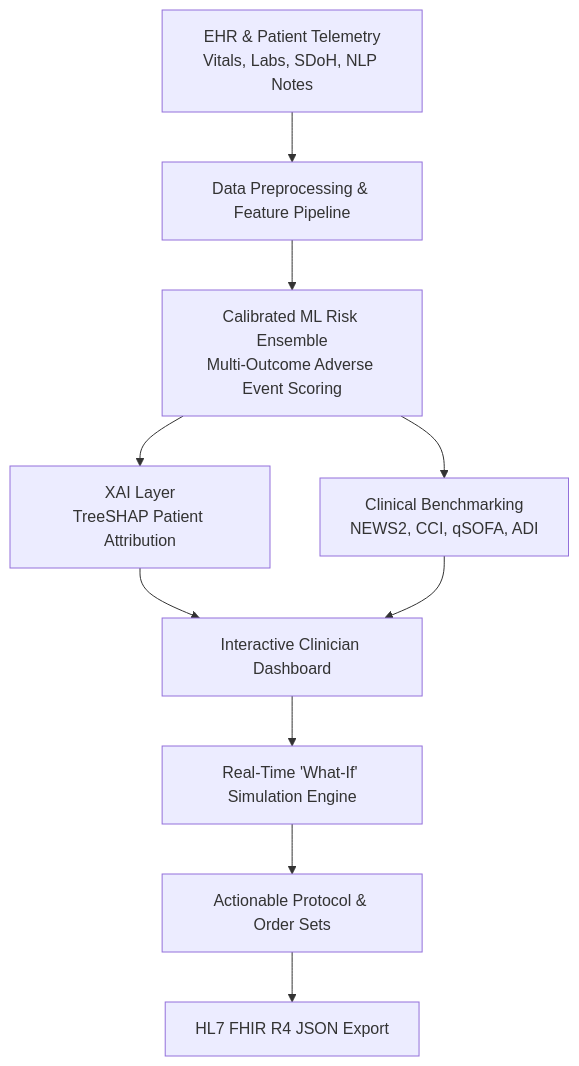
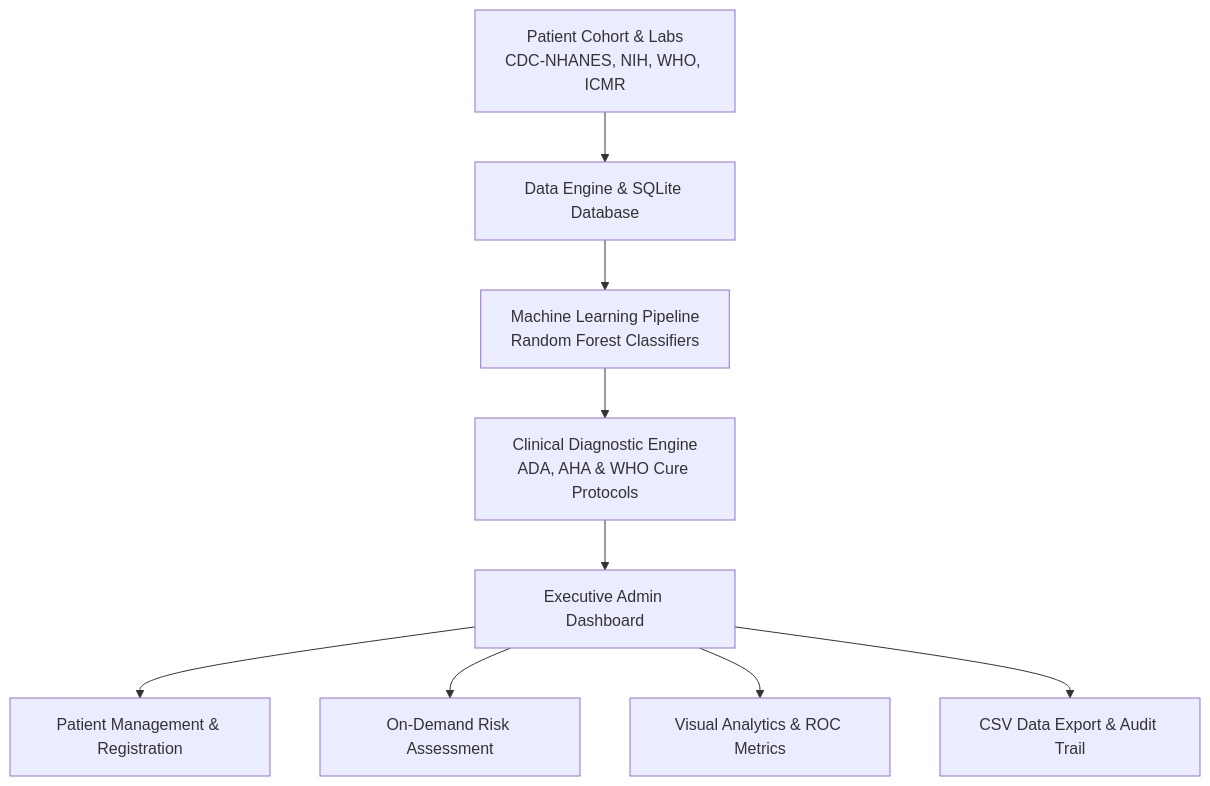
The diagram in README.md (sat9219/smart-healthcare-risk-prediction-system), drawn with Mermaid before and after one commit. The commit also changed other lines of this file and 30 other files, not shown here.

Commit message:
feat: deploy Smart Health Executive Admin Dashboard to live GitHub Pages and sync complete project codebase

````diff
--- a/README.md
+++ b/README.md
@@ -29,11 +44,11 @@
 ```mermaid
 flowchart TD
-    A[EHR & Patient Telemetry\nVitals, Labs, SDoH, NLP Notes] --> B[Data Preprocessing & Feature Pipeline]
-    B --> C[Calibrated ML Risk Ensemble\nMulti-Outcome Adverse Event Scoring]
-    C --> D[XAI Layer\nTreeSHAP Patient Attribution]
-    C --> E[Clinical Benchmarking\nNEWS2, CCI, qSOFA, ADI]
-    D & E --> F[Interactive Clinician Dashboard]
-    F --> G[Real-Time 'What-If' Simulation Engine]
-    G --> H[Actionable Protocol & Order Sets]
-    H --> I[HL7 FHIR R4 JSON Export]
+    A[Patient Cohort & Labs\nCDC-NHANES, NIH, WHO, ICMR] --> B[Data Engine & SQLite Database]
+    B --> C[Machine Learning Pipeline\nRandom Forest Classifiers]
+    C --> D[Clinical Diagnostic Engine\nADA, AHA & WHO Cure Protocols]
+    D --> E[Executive Admin Dashboard]
+    E --> F[Patient Management & Registration]
+    E --> G[On-Demand Risk Assessment]
+    E --> H[Visual Analytics & ROC Metrics]
+    E --> I[CSV Data Export & Audit Trail]
 ```
````
